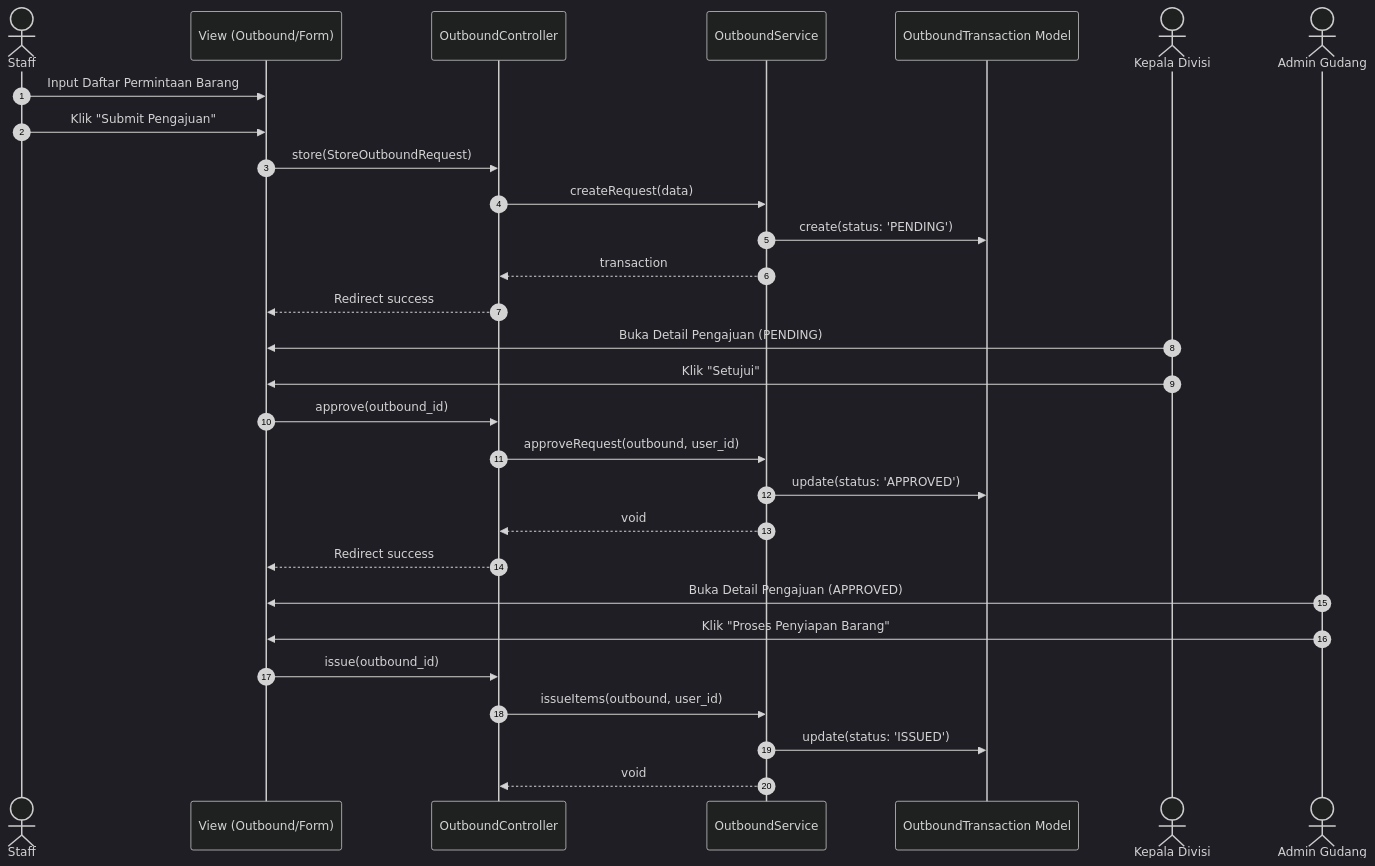
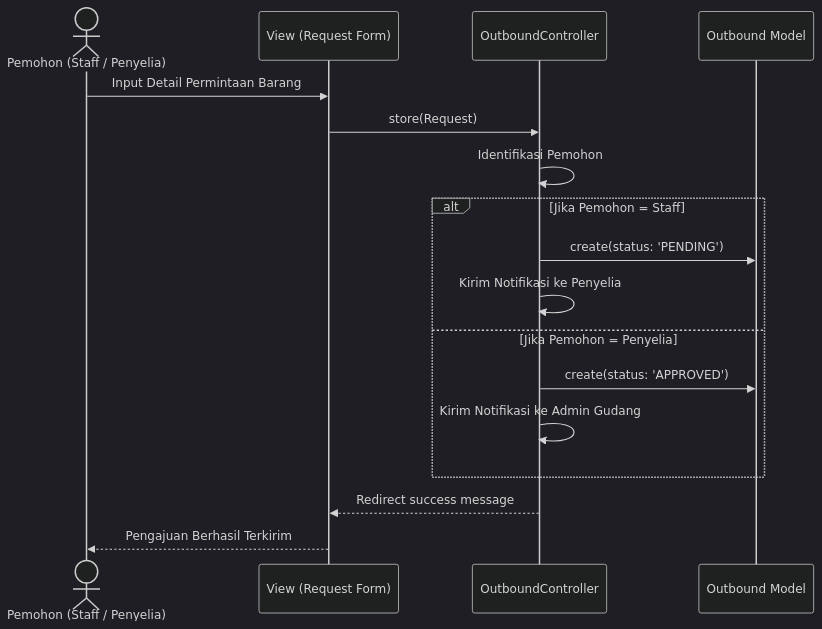
The eighth of 14 diagrams in laporan_sequence_diagram.md (wahyu2021/SIMPATIK), drawn with Mermaid (dark theme) before and after one commit. The commit also changed other lines of this file and 34 other files, not shown here.

Commit message:
Menyempurnakan logika seeder (User, Master Barang, dan Transaksi) agar lebih realistis

````diff
--- a/laporan_sequence_diagram.md
+++ b/laporan_sequence_diagram.md
@@ -95,36 +202,22 @@
 ```mermaid
 sequenceDiagram
-    autonumber
-    actor R as Staff
-    participant V as View (Outbound/Form)
+    actor U as Pemohon (Staff / Penyelia)
+    participant V as View (Request Form)
     participant C as OutboundController
-    participant S as OutboundService
-    participant MO as OutboundTransaction Model
-    actor KD as Kepala Divisi
-    actor AG as Admin Gudang
+    participant M as Outbound Model
 
-    R->>V: Input Daftar Permintaan Barang
-    R->>V: Klik "Submit Pengajuan"
-    V->>C: store(StoreOutboundRequest)
-    C->>S: createRequest(data)
-    S->>MO: create(status: 'PENDING')
-    S-->>C: transaction
-    C-->>V: Redirect success
+    U->>V: Input Detail Permintaan Barang
+    V->>C: store(Request)
     
-    %% Persetujuan
-    KD->>V: Buka Detail Pengajuan (PENDING)
-    KD->>V: Klik "Setujui"
-    V->>C: approve(outbound_id)
-    C->>S: approveRequest(outbound, user_id)
-    S->>MO: update(status: 'APPROVED')
-    S-->>C: void
-    C-->>V: Redirect success
+    C->>C: Identifikasi Pemohon
+    alt Jika Pemohon = Staff
+        C->>M: create(status: 'PENDING')
+        C->>C: Kirim Notifikasi ke Penyelia
+    else Jika Pemohon = Penyelia
+        C->>M: create(status: 'APPROVED')
+        C->>C: Kirim Notifikasi ke Admin Gudang
+    end
     
-    %% Issue (Penyiapan)
-    AG->>V: Buka Detail Pengajuan (APPROVED)
-    AG->>V: Klik "Proses Penyiapan Barang"
-    V->>C: issue(outbound_id)
-    C->>S: issueItems(outbound, user_id)
-    S->>MO: update(status: 'ISSUED')
-    S-->>C: void
+    C-->>V: Redirect success message
+    V-->>U: Pengajuan Berhasil Terkirim
 ```
````
